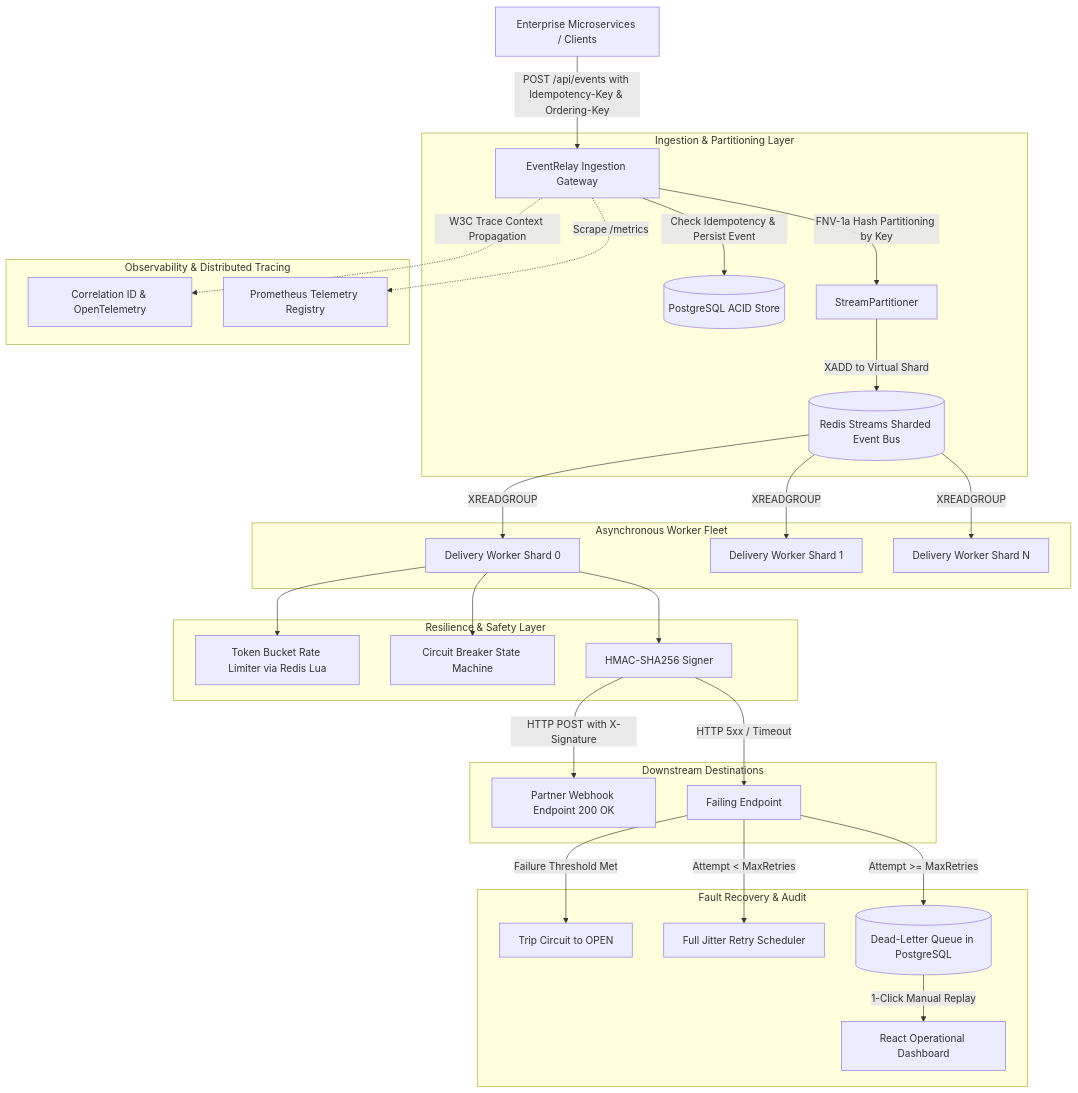
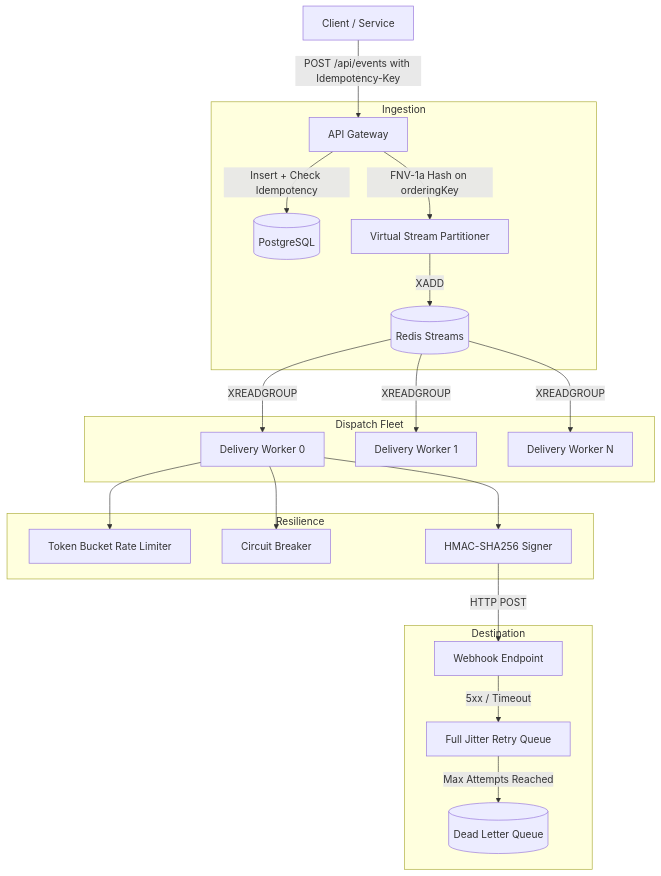
Before and after one commit to TanmayRawal/EventRelay: the diagram in README.md, drawn with Mermaid. The commit also changed other lines of this file and 1 other file, not shown here.

````diff
--- a/README.md
+++ b/README.md
@@ -18,39 +20,28 @@
 ```mermaid
 flowchart TD
-    Client[Enterprise Microservices / Clients] -->|POST /api/events with Idempotency-Key & Ordering-Key| API[EventRelay Ingestion Gateway]
-    
-    subgraph Ingestion & Partitioning Layer
-        API -->|Check Idempotency & Persist Event| PG[(PostgreSQL ACID Store)]
-        API -->|FNV-1a Hash Partitioning by Key| Partitioner[StreamPartitioner]
-        Partitioner -->|XADD to Virtual Shard| RS[(Redis Streams Sharded Event Bus)]
+    Client[Client / Service] -->|POST /api/events with Idempotency-Key| API[API Gateway]
+
+    subgraph Ingestion
+        API -->|Insert + Check Idempotency| PG[(PostgreSQL)]
+        API -->|FNV-1a Hash on orderingKey| Shard[Virtual Stream Partitioner]
+        Shard -->|XADD| RS[(Redis Streams)]
     end
 
-    subgraph Observability & Distributed Tracing
-        API -.->|W3C Trace Context Propagation| Trace[Correlation ID & OpenTelemetry]
-        API -.->|Scrape /metrics| Prom[Prometheus Telemetry Registry]
+    subgraph Dispatch Fleet
+        RS -->|XREADGROUP| W1[Delivery Worker 0]
+        RS -->|XREADGROUP| W2[Delivery Worker 1]
+        RS -->|XREADGROUP| WN[Delivery Worker N]
     end
 
-    subgraph Asynchronous Worker Fleet
-        RS -->|XREADGROUP| W1[Delivery Worker Shard 0]
-        RS -->|XREADGROUP| W2[Delivery Worker Shard 1]
-        RS -->|XREADGROUP| WN[Delivery Worker Shard N]
+    subgraph Resilience
+        W1 --> TB[Token Bucket Rate Limiter]
+        W1 --> CB[Circuit Breaker]
+        W1 --> HMAC[HMAC-SHA256 Signer]
     end
 
-    subgraph Resilience & Safety Layer
-        W1 --> TB[Token Bucket Rate Limiter via Redis Lua]
-        W1 --> CB[Circuit Breaker State Machine]
-        W1 --> Signer[HMAC-SHA256 Signer]
-    end
-
-    subgraph Downstream Destinations
-        Signer -->|HTTP POST with X-Signature| EP1[Partner Webhook Endpoint 200 OK]
-        Signer -->|HTTP 5xx / Timeout| EP2[Failing Endpoint]
-    end
-
-    subgraph Fault Recovery & Audit
-        EP2 -->|Failure Threshold Met| Trip[Trip Circuit to OPEN]
-        EP2 -->|Attempt < MaxRetries| Backoff[Full Jitter Retry Scheduler]
-        EP2 -->|Attempt >= MaxRetries| DLQ[(Dead-Letter Queue in PostgreSQL)]
-        DLQ -->|1-Click Manual Replay| AdminUI[React Operational Dashboard]
+    subgraph Destination
+        HMAC -->|HTTP POST| Target[Webhook Endpoint]
+        Target -->|5xx / Timeout| Retry[Full Jitter Retry Queue]
+        Retry -->|Max Attempts Reached| DLQ[(Dead Letter Queue)]
     end
 ```
````
